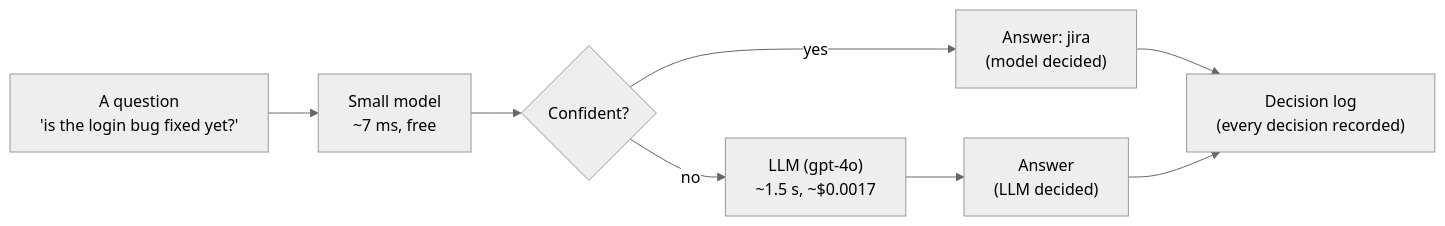
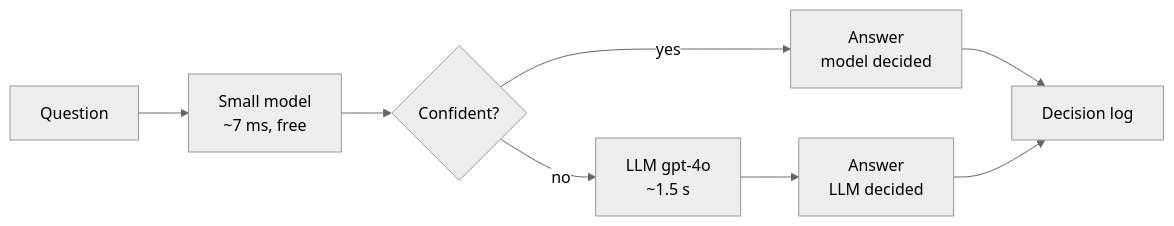
One commit to saramamatha19/AetherionPrism changed the first of 7 diagrams in README.md. Above: the diagram before and after it, drawn with Mermaid (neutral theme). The commit also changed other lines of this file and 1 other file, not shown here.

````diff
--- a/README.md
+++ b/README.md
@@ -10,10 +10,8 @@
 ```mermaid
 flowchart LR
-    Q["A question<br/>'is the login bug fixed yet?'"] --> M["Small model<br/>~7 ms, free"]
-    M --> G{"Confident?"}
-    G -- yes --> A1["Answer: jira<br/>(model decided)"]
-    G -- no --> L["LLM (gpt-4o)<br/>~1.5 s, ~$0.0017"]
-    L --> A2["Answer<br/>(LLM decided)"]
-    A1 --> R["Decision log<br/>(every decision recorded)"]
-    A2 --> R
+    Q["Question"] --> M["Small model<br/>~7 ms, free"] --> G{"Confident?"}
+    G -- yes --> A["Answer<br/>model decided"]
+    G -- no --> L["LLM gpt-4o<br/>~1.5 s"] --> B["Answer<br/>LLM decided"]
+    A --> R["Decision log"]
+    B --> R
 ```
````
